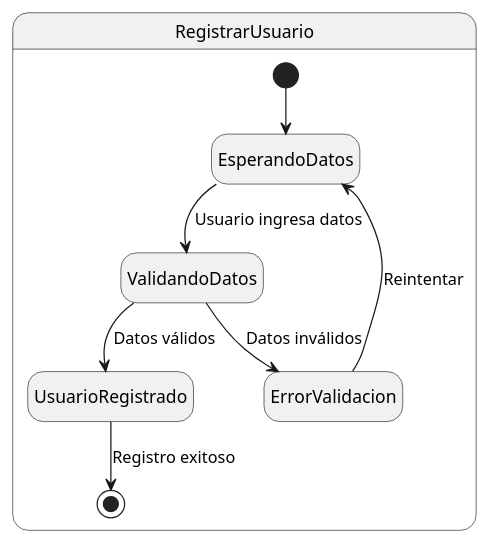
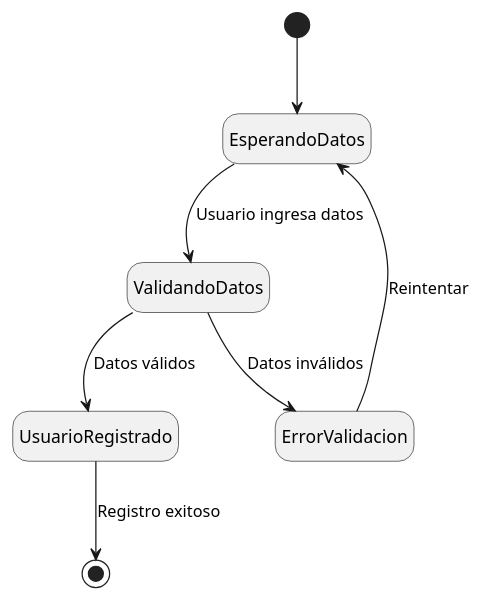
Before and after one commit to Andreinalcm/Proyecto_de_inge_grupo4: the diagram in docs/scenariosView/DisciplinaDeRequisitos/diagramaDeEstadoRegistrarse.plantuml, drawn with PlantUML. The commit also changed 19 other files, not shown here.

Commit message:
Modificación al diagrama de estados de relación de casos de usos en disciplina de requisitos

```diff
--- a/docs/scenariosView/DisciplinaDeRequisitos/diagramaDeEstadoRegistrarse.plantuml
+++ b/docs/scenariosView/DisciplinaDeRequisitos/diagramaDeEstadoRegistrarse.plantuml
@@ -1,14 +1,12 @@
 @startuml Registrar usuario
 
 hide empty description
 
-state RegistrarUsuario{
-    [*] --> EsperandoDatos
-    EsperandoDatos --> ValidandoDatos : Usuario ingresa datos
-    ValidandoDatos --> UsuarioRegistrado : Datos válidos
-    ValidandoDatos --> ErrorValidacion : Datos inválidos
-    ErrorValidacion --> EsperandoDatos : Reintentar
-    UsuarioRegistrado --> [*] : Registro exitoso
-}
+[*] --> EsperandoDatos
+EsperandoDatos --> ValidandoDatos : Usuario ingresa datos
+ValidandoDatos --> UsuarioRegistrado : Datos válidos
+ValidandoDatos --> ErrorValidacion : Datos inválidos
+ErrorValidacion --> EsperandoDatos : Reintentar
+UsuarioRegistrado --> [*] : Registro exitoso
 
 @enduml
```
